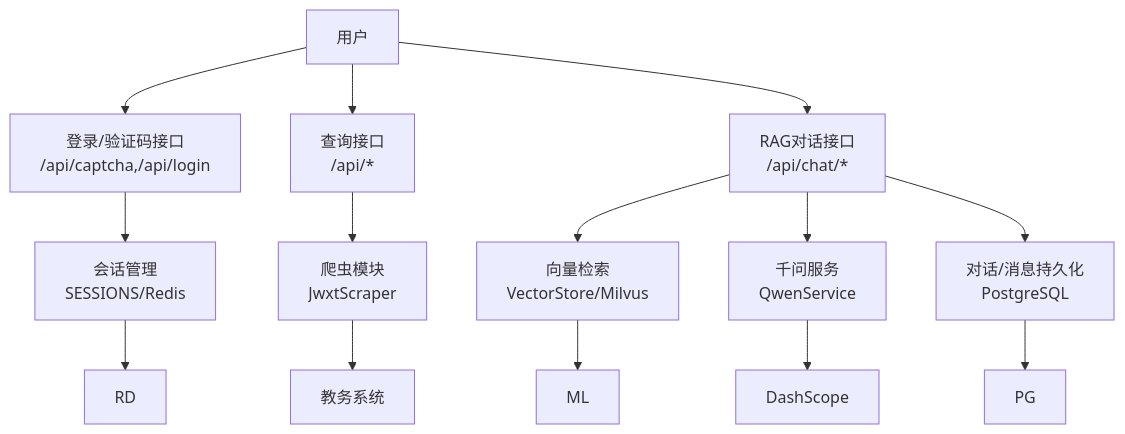
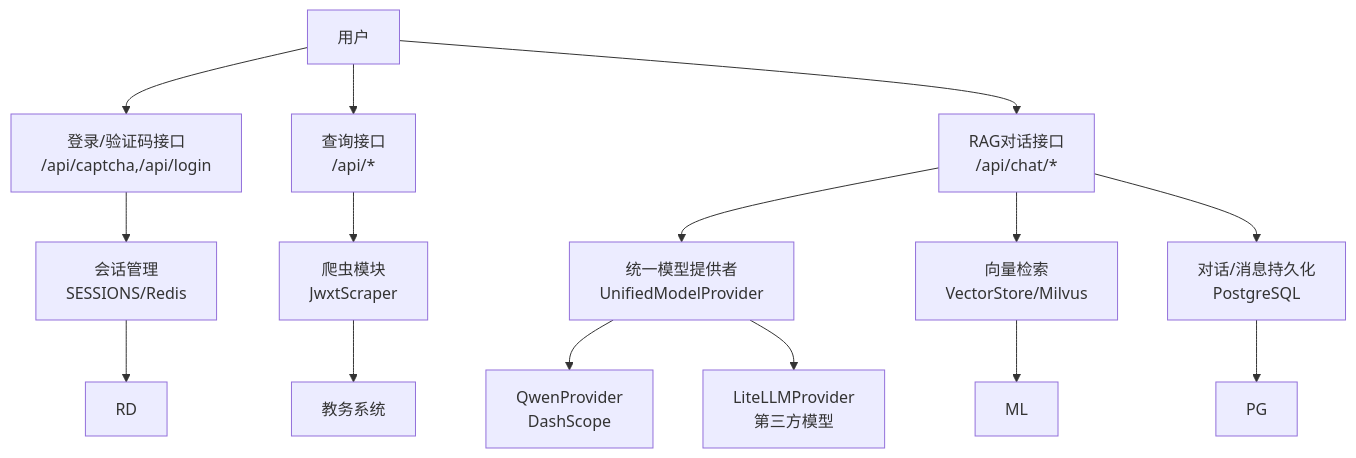
One commit to ghbbn053-ship-itsoulddog/soulddog changed the second of 7 diagrams in .qoder/repowiki/zh/content/系统架构/系统架构.md. Above: the diagram before and after it, drawn with Mermaid. The commit also changed other lines of this file and 119 other files, not shown here.

````diff
--- a/.qoder/repowiki/zh/content/系统架构/系统架构.md
+++ b/.qoder/repowiki/zh/content/系统架构/系统架构.md
@@ -117,16 +139,17 @@
 ```mermaid
 graph TB
 U["用户"] --> L["登录/验证码接口<br/>/api/captcha,/api/login"]
 L --> S["会话管理<br/>SESSIONS/Redis"]
 U --> Q["查询接口<br/>/api/*"]
 Q --> C["爬虫模块<br/>JwxtScraper"]
 C --> J["教务系统"]
 U --> R["RAG对话接口<br/>/api/chat/*"]
+R --> MP["统一模型提供者<br/>UnifiedModelProvider"]
+MP --> QP["QwenProvider<br/>DashScope"]
+MP --> LP["LiteLLMProvider<br/>第三方模型"]
 R --> VS["向量检索<br/>VectorStore/Milvus"]
-R --> AI["千问服务<br/>QwenService"]
 R --> DB["对话/消息持久化<br/>PostgreSQL"]
 VS --> ML
-AI --> DS["DashScope"]
 DB --> PG
 S --> RD
 ```
````
